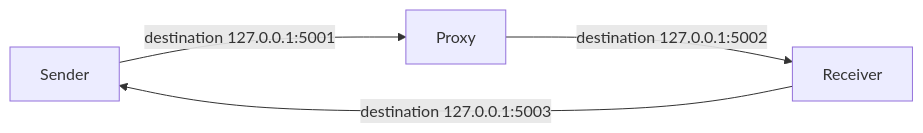
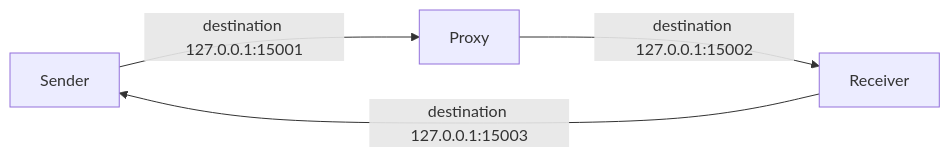
One commit to shriyapsawant21-wq/CN-Project changed the fourth of 4 diagrams in DIAGRAMS.md. Above: the diagram before and after it, drawn with Mermaid. The commit also changed other lines of this file and 2 other files, not shown here.

Commit message:
Use ports 15001-15003 for the localhost experiment

````diff
--- a/DIAGRAMS.md
+++ b/DIAGRAMS.md
@@ -47,6 +47,6 @@
 ```mermaid
 flowchart LR
-  A[Sender] -->|destination 127.0.0.1:5001| B[Proxy]
-  B -->|destination 127.0.0.1:5002| C[Receiver]
-  C -->|destination 127.0.0.1:5003| A
+  A[Sender] -->|destination 127.0.0.1:15001| B[Proxy]
+  B -->|destination 127.0.0.1:15002| C[Receiver]
+  C -->|destination 127.0.0.1:15003| A
 ```
````
